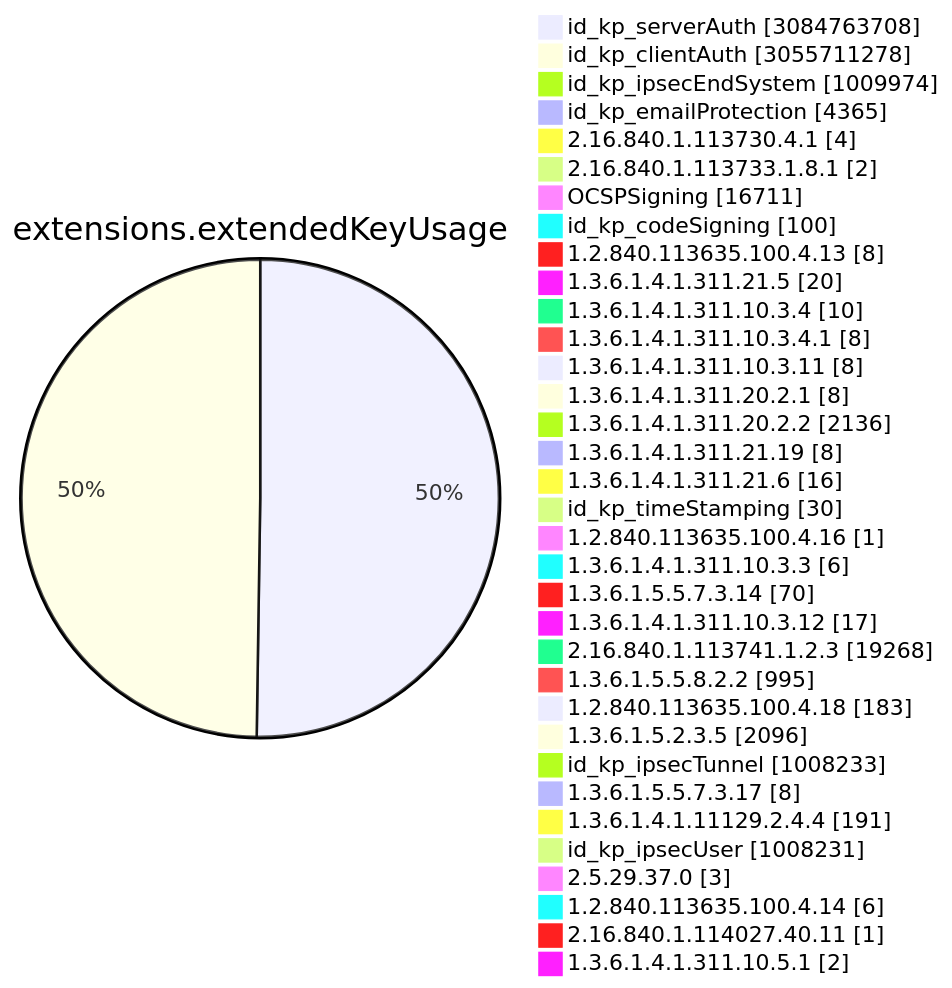
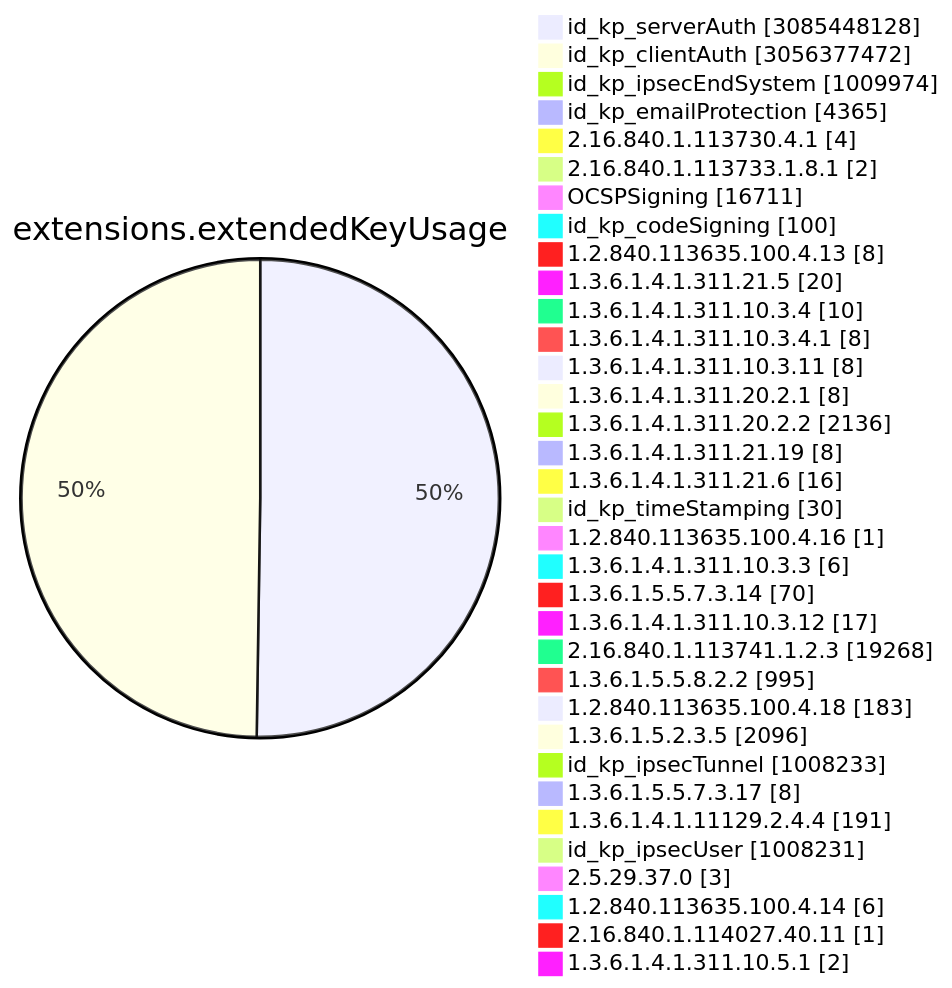
Before and after one commit to christiankrug/ctmonitor_visualization: diagram 11 of 15 in TOTAL/README.md, drawn with Mermaid. The commit also changed other lines of this file, not shown here.

````diff
--- a/TOTAL/README.md
+++ b/TOTAL/README.md
@@ -4117,38 +4117,38 @@
 ```mermaid
 pie showData
 title extensions.extendedKeyUsage
-"id_kp_serverAuth" :3084763708
-"id_kp_clientAuth" :3055711278
+"id_kp_serverAuth" :3085448128
+"id_kp_clientAuth" :3056377472
 "id_kp_ipsecEndSystem" :1009974
 "id_kp_emailProtection" :4365
 "2.16.840.1.113730.4.1" :4
 "2.16.840.1.113733.1.8.1" :2
 "OCSPSigning" :16711
 "id_kp_codeSigning" :100
 "1.2.840.113635.100.4.13" :8
 "1.3.6.1.4.1.311.21.5" :20
 "1.3.6.1.4.1.311.10.3.4" :10
 "1.3.6.1.4.1.311.10.3.4.1" :8
 "1.3.6.1.4.1.311.10.3.11" :8
 "1.3.6.1.4.1.311.20.2.1" :8
 "1.3.6.1.4.1.311.20.2.2" :2136
 "1.3.6.1.4.1.311.21.19" :8
 "1.3.6.1.4.1.311.21.6" :16
 "id_kp_timeStamping" :30
 "1.2.840.113635.100.4.16" :1
 "1.3.6.1.4.1.311.10.3.3" :6
 "1.3.6.1.5.5.7.3.14" :70
 "1.3.6.1.4.1.311.10.3.12" :17
 "2.16.840.1.113741.1.2.3" :19268
 "1.3.6.1.5.5.8.2.2" :995
 "1.2.840.113635.100.4.18" :183
 "1.3.6.1.5.2.3.5" :2096
 "id_kp_ipsecTunnel" :1008233
 "1.3.6.1.5.5.7.3.17" :8
 "1.3.6.1.4.1.11129.2.4.4" :191
 "id_kp_ipsecUser" :1008231
 "2.5.29.37.0" :3
 "1.2.840.113635.100.4.14" :6
 "2.16.840.1.114027.40.11" :1
 "1.3.6.1.4.1.311.10.5.1" :2
 ```
````
